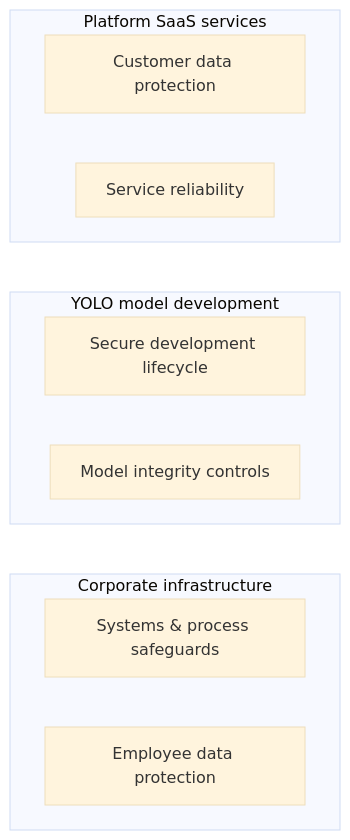
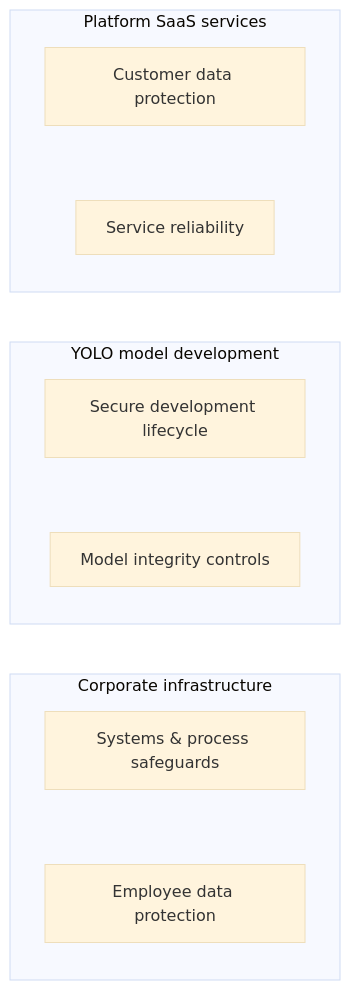
One commit to ultralytics/handbook changed the diagram in docs/en/security/isms.md. Above: the diagram before and after it, drawn with Mermaid (base theme). The commit also changed 8 other files, not shown here.

First line of the commit message:
Address review findings and tune diagrams for the dagre layout

````diff
--- a/docs/en/security/isms.md
+++ b/docs/en/security/isms.md
@@ -49,14 +49,17 @@
 ```mermaid
 flowchart TD
     subgraph saas["Platform SaaS services"]
+        direction TB
         A1[Customer data protection] ~~~ A2[Service reliability]
     end
     subgraph yolo["YOLO model development"]
+        direction TB
         B1[Secure development lifecycle] ~~~ B2[Model integrity controls]
     end
     subgraph corp["Corporate infrastructure"]
+        direction TB
         C1["Systems & process safeguards"] ~~~ C2[Employee data protection]
     end
     A2 ~~~ B1
     B2 ~~~ C1
 ```
````
